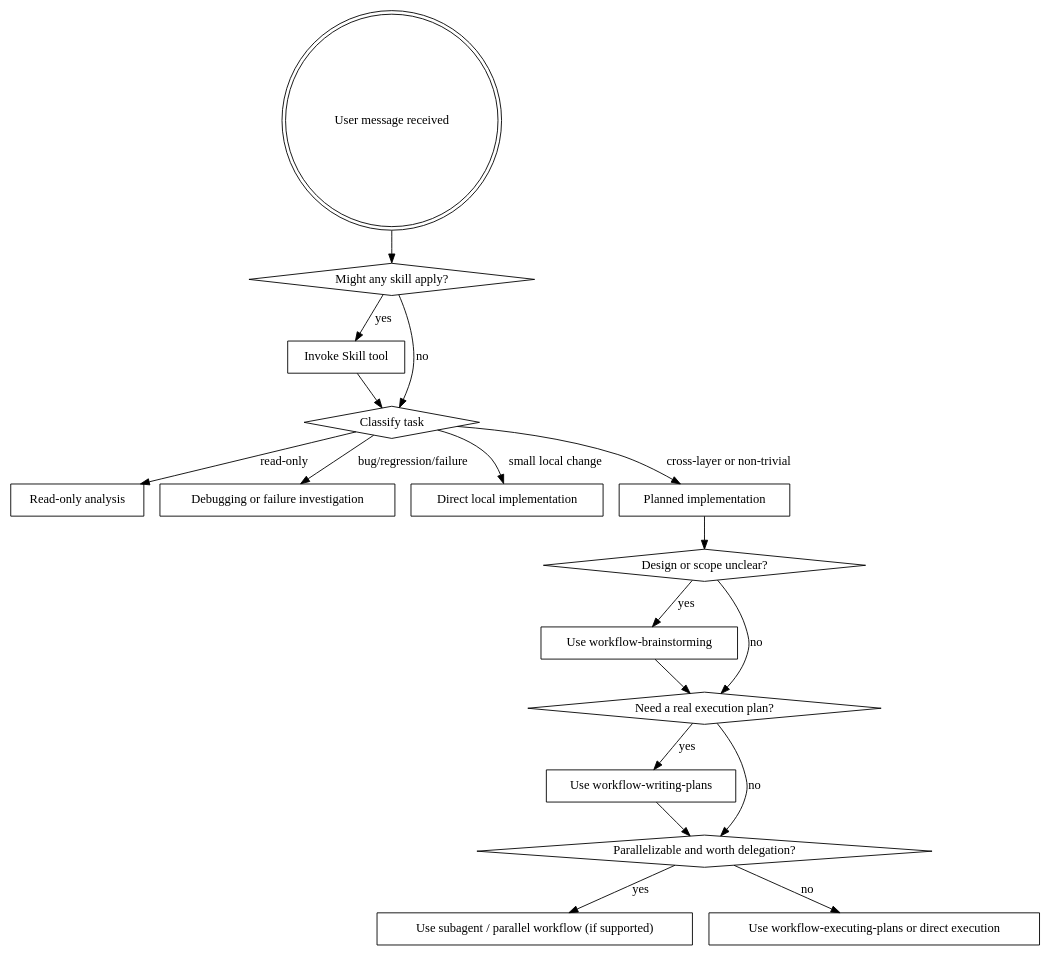
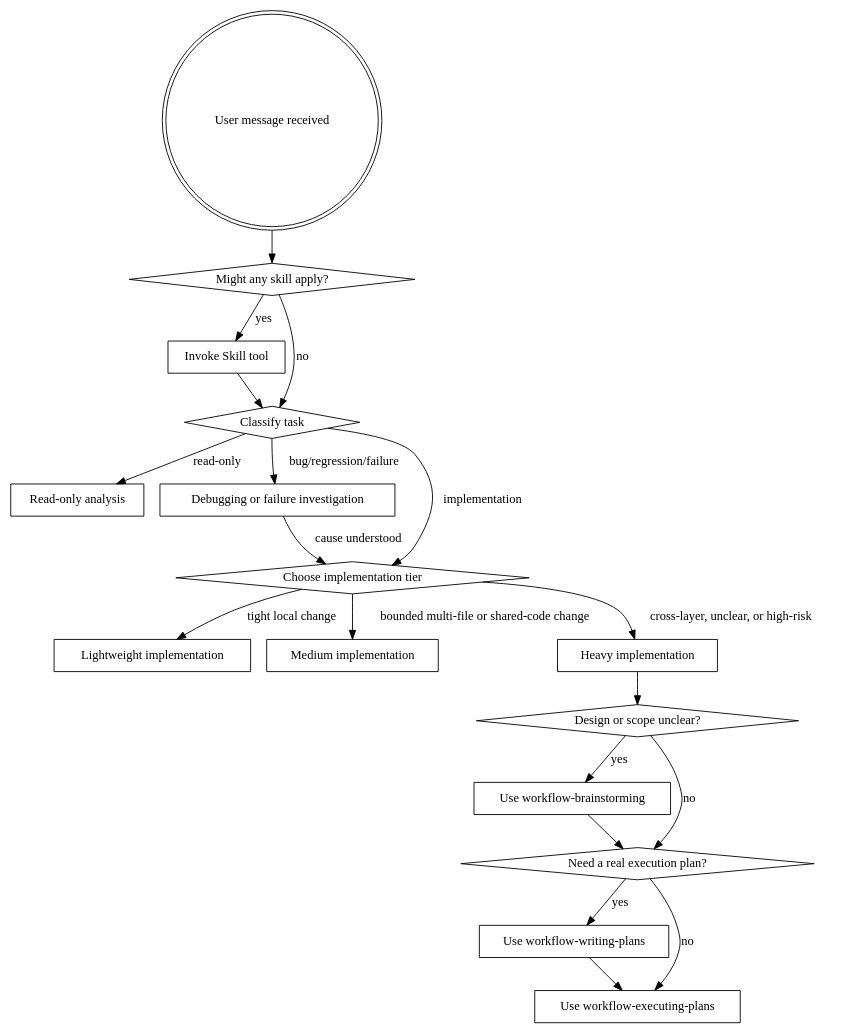
The diagram in skills/workflow-start/SKILL.md (BryanHoo/workflow), drawn with Graphviz before and after one commit. The commit also changed other lines of this file and 9 other files, not shown here.

````diff
--- a/skills/workflow-start/SKILL.md
+++ b/skills/workflow-start/SKILL.md
@@ -46,37 +46,38 @@
 ```dot
 digraph skill_flow {
     "User message received" [shape=doublecircle];
     "Might any skill apply?" [shape=diamond];
     "Invoke Skill tool" [shape=box];
     "Classify task" [shape=diamond];
     "Read-only analysis" [shape=box];
     "Debugging or failure investigation" [shape=box];
-    "Direct local implementation" [shape=box];
-    "Planned implementation" [shape=box];
+    "Choose implementation tier" [shape=diamond];
+    "Lightweight implementation" [shape=box];
+    "Medium implementation" [shape=box];
+    "Heavy implementation" [shape=box];
     "Design or scope unclear?" [shape=diamond];
     "Use workflow-brainstorming" [shape=box];
     "Need a real execution plan?" [shape=diamond];
     "Use workflow-writing-plans" [shape=box];
-    "Parallelizable and worth delegation?" [shape=diamond];
-    "Use subagent / parallel workflow (if supported)" [shape=box];
-    "Use workflow-executing-plans or direct execution" [shape=box];
+    "Use workflow-executing-plans" [shape=box];
 
     "User message received" -> "Might any skill apply?";
     "Might any skill apply?" -> "Invoke Skill tool" [label="yes"];
     "Might any skill apply?" -> "Classify task" [label="no"];
     "Invoke Skill tool" -> "Classify task";
     "Classify task" -> "Read-only analysis" [label="read-only"];
     "Classify task" -> "Debugging or failure investigation" [label="bug/regression/failure"];
-    "Classify task" -> "Direct local implementation" [label="small local change"];
-    "Classify task" -> "Planned implementation" [label="cross-layer or non-trivial"];
-    "Planned implementation" -> "Design or scope unclear?";
+    "Classify task" -> "Choose implementation tier" [label="implementation"];
+    "Choose implementation tier" -> "Lightweight implementation" [label="tight local change"];
+    "Choose implementation tier" -> "Medium implementation" [label="bounded multi-file or shared-code change"];
+    "Choose implementation tier" -> "Heavy implementation" [label="cross-layer, unclear, or high-risk"];
+    "Debugging or failure investigation" -> "Choose implementation tier" [label="cause understood"];
+    "Heavy implementation" -> "Design or scope unclear?";
     "Design or scope unclear?" -> "Use workflow-brainstorming" [label="yes"];
     "Design or scope unclear?" -> "Need a real execution plan?" [label="no"];
     "Use workflow-brainstorming" -> "Need a real execution plan?";
     "Need a real execution plan?" -> "Use workflow-writing-plans" [label="yes"];
-    "Need a real execution plan?" -> "Parallelizable and worth delegation?" [label="no"];
-    "Use workflow-writing-plans" -> "Parallelizable and worth delegation?";
-    "Parallelizable and worth delegation?" -> "Use subagent / parallel workflow (if supported)" [label="yes"];
-    "Parallelizable and worth delegation?" -> "Use workflow-executing-plans or direct execution" [label="no"];
+    "Need a real execution plan?" -> "Use workflow-executing-plans" [label="no"];
+    "Use workflow-writing-plans" -> "Use workflow-executing-plans";
 }
 ```
````
